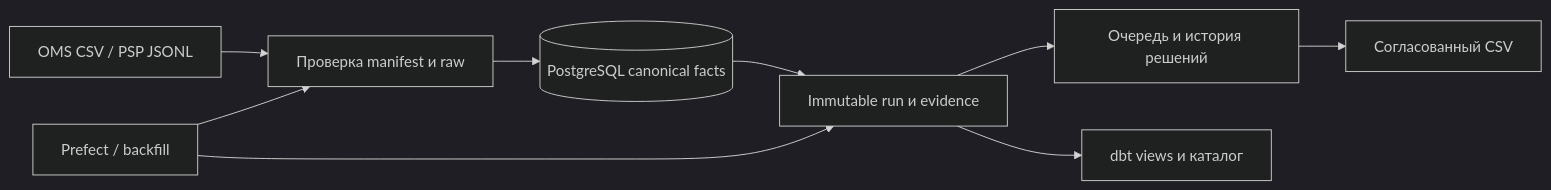
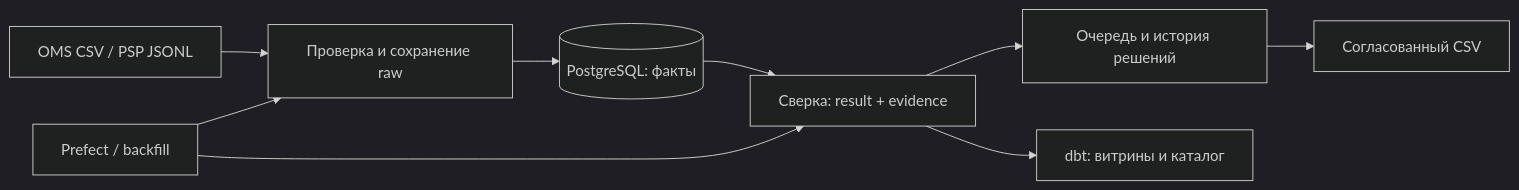
The diagram in README.md (Decl1s/commerceguard), drawn with Mermaid (dark theme) before and after one commit. The commit also changed other lines of this file, not shown here.

````diff
--- a/README.md
+++ b/README.md
@@ -28,11 +47,11 @@
 ```mermaid
 flowchart LR
-  F[OMS CSV / PSP JSONL] --> I[Проверка manifest и raw]
-  I --> P[(PostgreSQL canonical facts)]
-  P --> R[Immutable run и evidence]
+  F[OMS CSV / PSP JSONL] --> I[Проверка и сохранение raw]
+  I --> P[(PostgreSQL: факты)]
+  P --> R[Сверка: result + evidence]
   R --> C[Очередь и история решений]
-  R --> D[dbt views и каталог]
+  R --> D[dbt: витрины и каталог]
   O[Prefect / backfill] --> I
   O --> R
   C --> E[Согласованный CSV]
 ```
````
